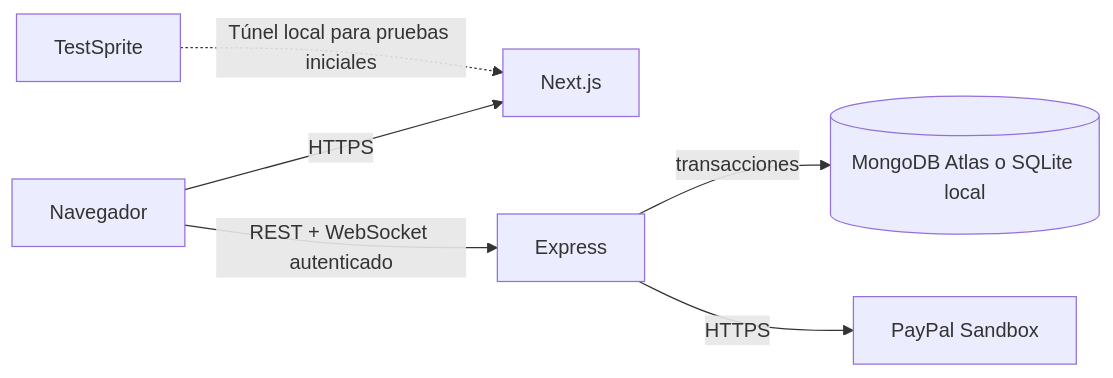
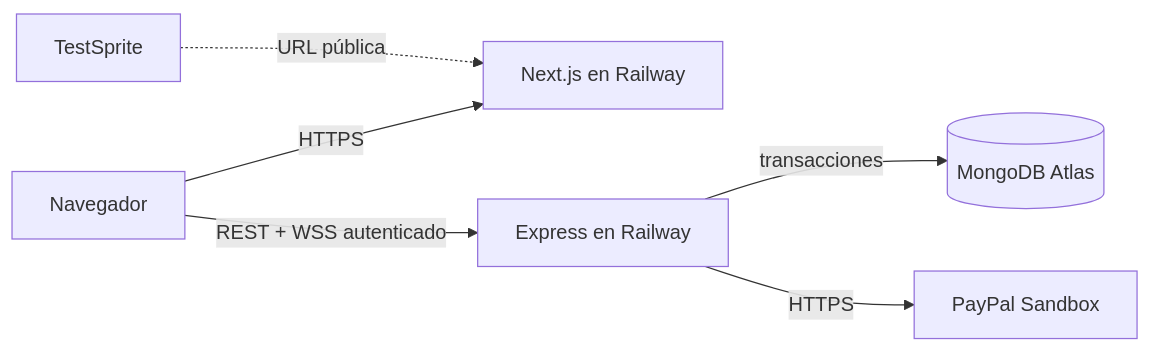
One commit to SantCorrea802/Lab_05_FSI changed the diagram in docs/ARQUITECTURA.md. Above: the diagram before and after it, drawn with Mermaid. The commit also changed other lines of this file and 34 other files, not shown here.

````diff
--- a/docs/ARQUITECTURA.md
+++ b/docs/ARQUITECTURA.md
@@ -3,8 +3,8 @@
 ```mermaid
 flowchart LR
-  B[Navegador] -->|HTTPS| W[Next.js]
-  B -->|REST + WebSocket autenticado| A[Express]
-  A -->|transacciones| D[(MongoDB Atlas o SQLite local)]
+  B[Navegador] -->|HTTPS| W[Next.js en Railway]
+  B -->|REST + WSS autenticado| A[Express en Railway]
+  A -->|transacciones| D[(MongoDB Atlas)]
   A -->|HTTPS| P[PayPal Sandbox]
-  T[TestSprite] -.->|Túnel local para pruebas iniciales| W
+  T[TestSprite] -.->|URL pública| W
 ```
````
